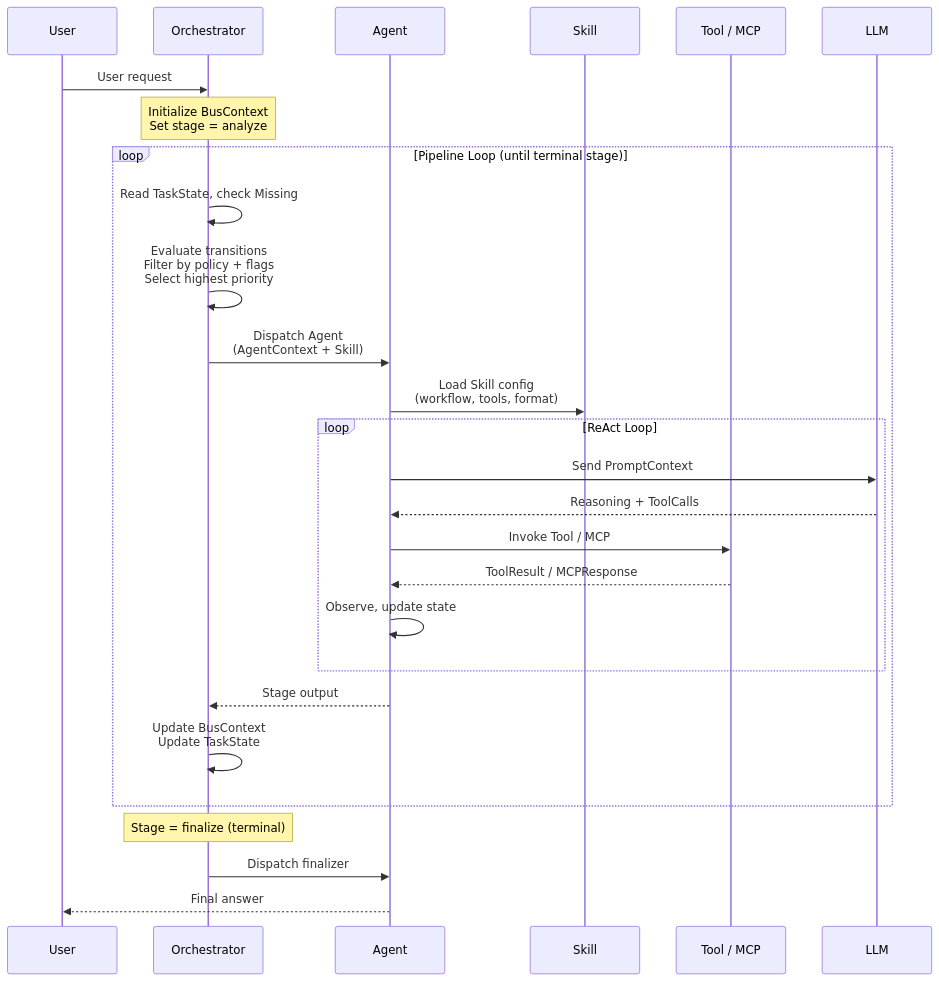
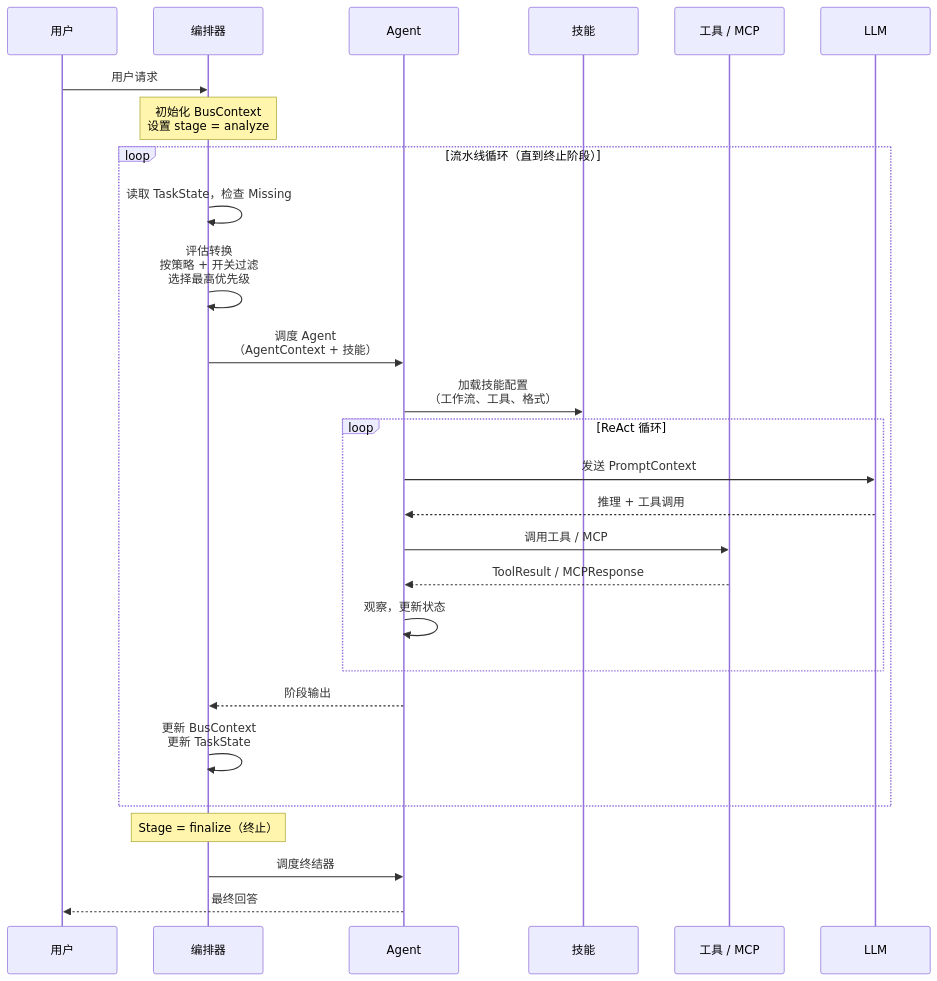
One commit to hanchaoqun/codrax changed the fourth of 8 diagrams in docs/architecture.md. Above: the diagram before and after it, drawn with Mermaid. The commit also changed other lines of this file and 1 other file, not shown here.

Commit message:
Translate README.md and architecture.md to Chinese

````diff
--- a/docs/architecture.md
+++ b/docs/architecture.md
@@ -905,35 +905,35 @@
 ```mermaid
 sequenceDiagram
-    participant User
-    participant Orch as Orchestrator
+    participant User as 用户
+    participant Orch as 编排器
     participant Agent
-    participant Skill
-    participant Tool as Tool / MCP
+    participant Skill as 技能
+    participant Tool as 工具 / MCP
     participant LLM
 
-    User->>Orch: User request
-    Note over Orch: Initialize BusContext<br/>Set stage = analyze
+    User->>Orch: 用户请求
+    Note over Orch: 初始化 BusContext<br/>设置 stage = analyze
 
-    loop Pipeline Loop (until terminal stage)
-        Orch->>Orch: Read TaskState, check Missing
-        Orch->>Orch: Evaluate transitions<br/>Filter by policy + flags<br/>Select highest priority
-        Orch->>Agent: Dispatch Agent<br/>(AgentContext + Skill)
+    loop 流水线循环（直到终止阶段）
+        Orch->>Orch: 读取 TaskState，检查 Missing
+        Orch->>Orch: 评估转换<br/>按策略 + 开关过滤<br/>选择最高优先级
+        Orch->>Agent: 调度 Agent<br/>（AgentContext + 技能）
 
-        Agent->>Skill: Load Skill config<br/>(workflow, tools, format)
+        Agent->>Skill: 加载技能配置<br/>（工作流、工具、格式）
 
-        loop ReAct Loop
-            Agent->>LLM: Send PromptContext
-            LLM-->>Agent: Reasoning + ToolCalls
-            Agent->>Tool: Invoke Tool / MCP
+        loop ReAct 循环
+            Agent->>LLM: 发送 PromptContext
+            LLM-->>Agent: 推理 + 工具调用
+            Agent->>Tool: 调用工具 / MCP
             Tool-->>Agent: ToolResult / MCPResponse
-            Agent->>Agent: Observe, update state
+            Agent->>Agent: 观察，更新状态
         end
 
-        Agent-->>Orch: Stage output
-        Orch->>Orch: Update BusContext<br/>Update TaskState
+        Agent-->>Orch: 阶段输出
+        Orch->>Orch: 更新 BusContext<br/>更新 TaskState
     end
 
-    Note over Orch: Stage = finalize (terminal)
-    Orch->>Agent: Dispatch finalizer
-    Agent-->>User: Final answer
+    Note over Orch: Stage = finalize（终止）
+    Orch->>Agent: 调度终结器
+    Agent-->>User: 最终回答
 ```
````
